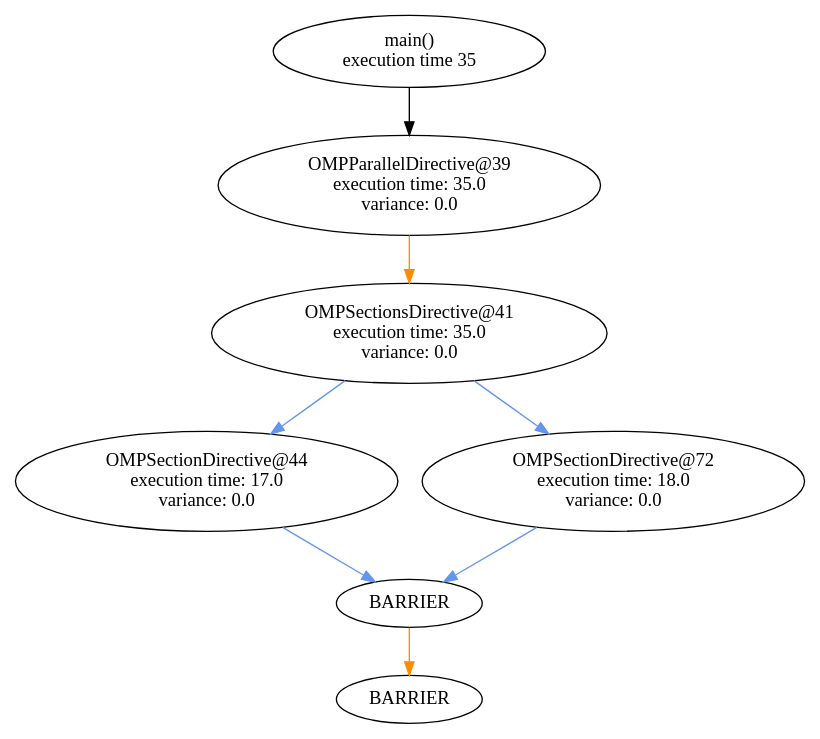
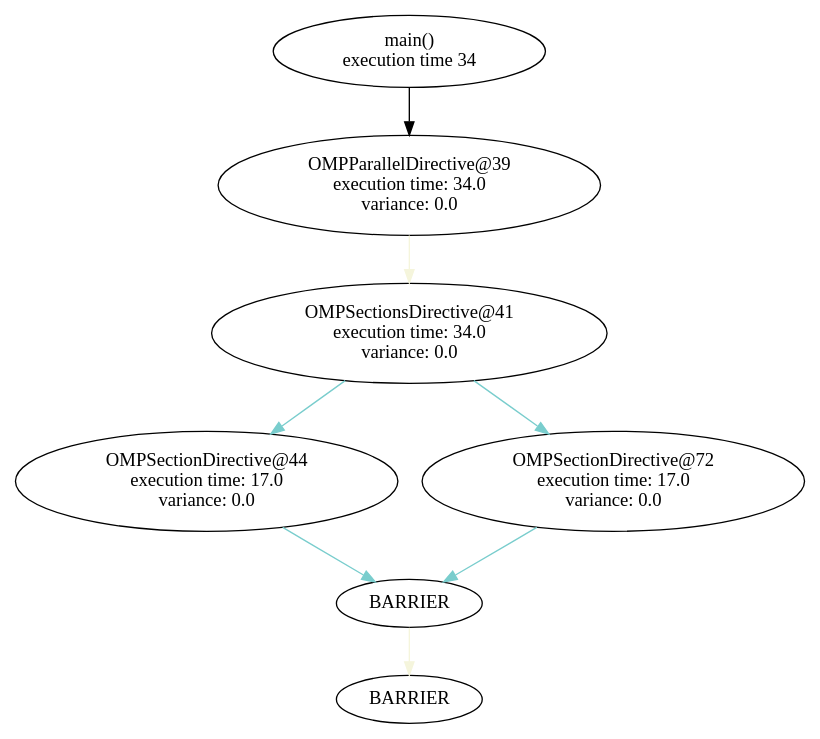
The diagram in graph_sched/graphs/main_flow.dot (filippobrizzi/soma), drawn with Graphviz before and after one commit. The commit also changed 12 other files, not shown here.

```diff
--- a/graph_sched/graphs/main_flow.dot
+++ b/graph_sched/graphs/main_flow.dot
@@ -1,52 +1,52 @@
 digraph G {
 	graph [bb="0,0,500,534"];
 	node [label="\N"];
 	35	 [height=0.74639,
-		label="main()\nexecution time 35",
+		label="main()\nexecution time 34",
 		pos="250,507",
 		root=35,
 		width=2.3354];
 	39	 [height=1.041,
-		label="OMPParallelDirective@39\nexecution time: 35.0\nvariance: 0.0",
+		label="OMPParallelDirective@39\nexecution time: 34.0\nvariance: 0.0",
 		pos="250,406",
 		root=35,
 		width=3.346];
 	35 -> 39	 [pos="e,250,443.63 250,479.99 250,471.91 250,462.75 250,453.72"];
 	41	 [height=1.041,
-		label="OMPSectionsDirective@41\nexecution time: 35.0\nvariance: 0.0",
+		label="OMPSectionsDirective@41\nexecution time: 34.0\nvariance: 0.0",
 		pos="250,294",
 		root=35,
 		width=3.4507];
-	39 -> 41	 [color=darkorange,
+	39 -> 41	 [color=beige,
 		pos="e,250,331.84 250,368.37 250,359.93 250,350.83 250,342.01"];
 	44	 [height=1.041,
 		label="OMPSectionDirective@44\nexecution time: 17.0\nvariance: 0.0",
 		pos="120,182",
 		root=35,
 		width=3.346];
-	41 -> 44	 [color=cornflowerblue,
+	41 -> 44	 [color=darkslategray3,
 		pos="e,160.63,217.38 209.22,258.5 196.28,247.54 181.83,235.32 168.4,223.96"];
 	72	 [height=1.041,
-		label="OMPSectionDirective@72\nexecution time: 18.0\nvariance: 0.0",
+		label="OMPSectionDirective@72\nexecution time: 17.0\nvariance: 0.0",
 		pos="380,182",
 		root=35,
 		width=3.346];
-	41 -> 72	 [color=cornflowerblue,
+	41 -> 72	 [color=darkslategray3,
 		pos="e,339.37,217.38 290.78,258.5 303.72,247.54 318.17,235.32 331.6,223.96"];
 	"41_end"	 [height=0.5,
 		label=BARRIER,
 		pos="250,90",
 		root=35,
 		width=1.4305];
-	44 -> "41_end"	 [color=cornflowerblue,
+	44 -> "41_end"	 [color=darkslategray3,
 		pos="e,227.72,106.42 168.41,147.49 185.42,135.71 204.07,122.8 219.23,112.3"];
 	"39_end"	 [height=0.5,
 		label=BARRIER,
 		pos="250,18",
 		root=35,
 		width=1.4305];
-	"41_end" -> "39_end"	 [color=darkorange,
+	"41_end" -> "39_end"	 [color=beige,
 		pos="e,250,36.104 250,71.697 250,63.983 250,54.712 250,46.112"];
-	72 -> "41_end"	 [color=cornflowerblue,
+	72 -> "41_end"	 [color=darkslategray3,
 		pos="e,272.28,106.42 331.59,147.49 314.58,135.71 295.93,122.8 280.77,112.3"];
 }
```
